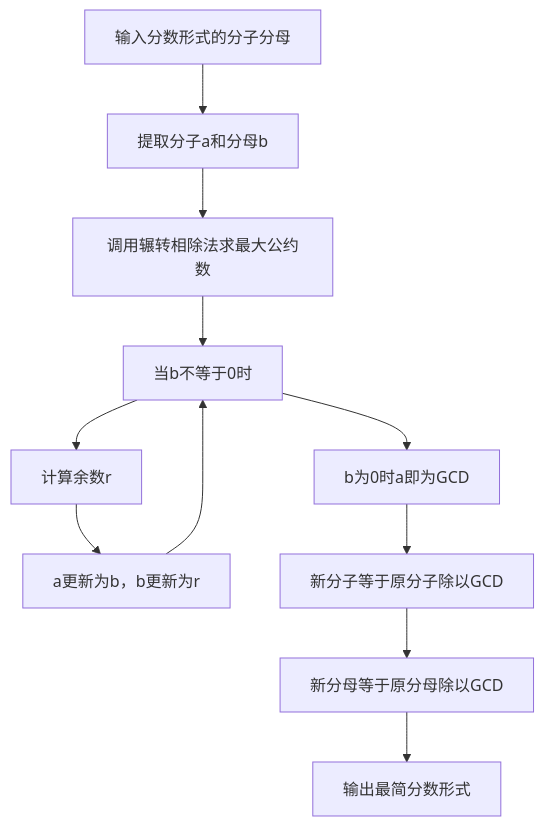
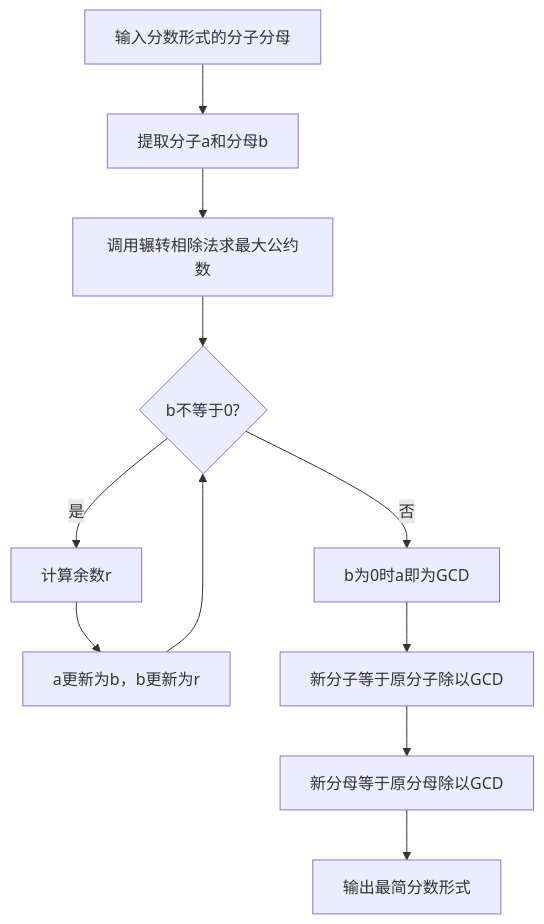
The second of 2 diagrams in 编程题/PTA基础编程题目集 7-24约分最简分式（Python3语言实现）.md (Zonkidd-Shao/pta_basic_program_article_by_python3), drawn with Mermaid before and after one commit. The commit also changed other lines of this file and 50 other files, not shown here.

````diff
--- a/编程题/PTA基础编程题目集 7-24约分最简分式（Python3语言实现）.md
+++ b/编程题/PTA基础编程题目集 7-24约分最简分式（Python3语言实现）.md
@@ -97,13 +97,13 @@
 ```mermaid
 flowchart TD
     A["输入分数形式的分子分母"] --> B["提取分子a和分母b"]
     B --> C["调用辗转相除法求最大公约数"]
-    C --> C1["当b不等于0时"]
-    C1 --> C2["计算余数r"]
+    C --> C1{"b不等于0?"}
+    C1 -->|是| C2["计算余数r"]
     C2 --> C3["a更新为b，b更新为r"]
     C3 --> C1
-    C1 --> C4["b为0时a即为GCD"]
+    C1 -->|否| C4["b为0时a即为GCD"]
     C4 --> D["新分子等于原分子除以GCD"]
     D --> E["新分母等于原分母除以GCD"]
     E --> F["输出最简分数形式"]
 ```
````
